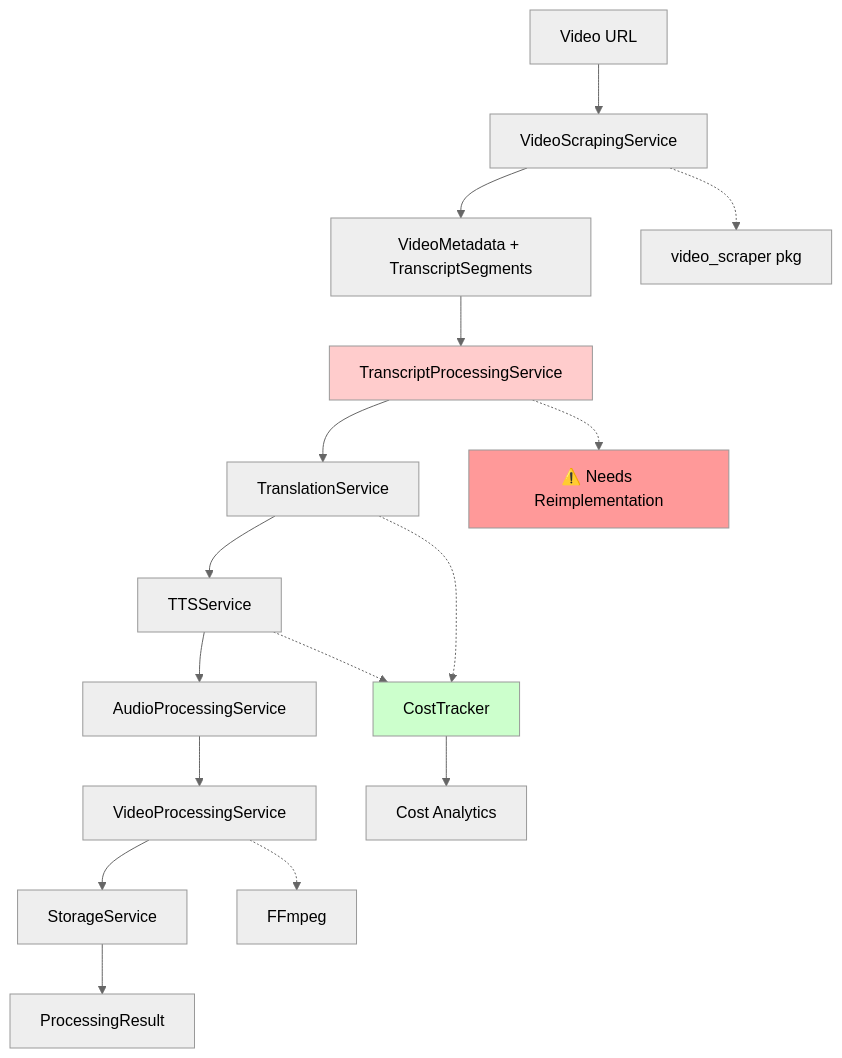
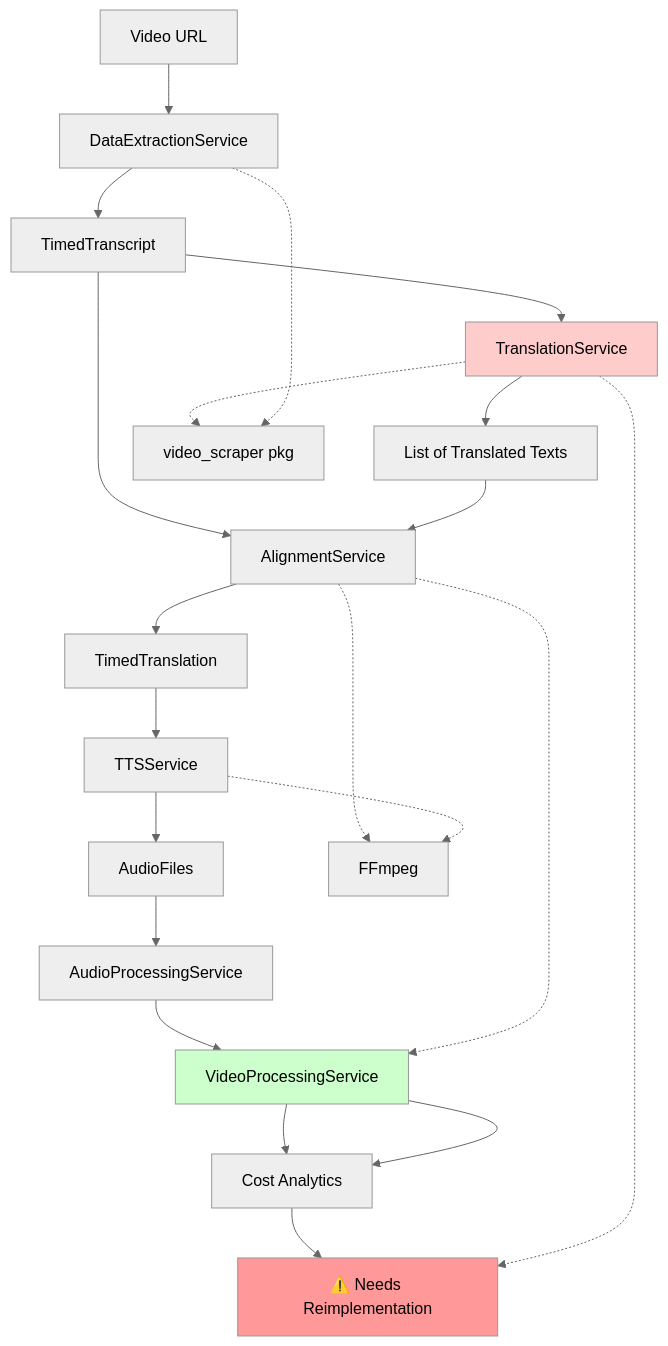
The first of 2 diagrams in README.md (vketteni/videodub), drawn with Mermaid (neutral theme) before and after one commit. The commit also changed other lines of this file and 2 other files, not shown here.

First line of the commit message:
docs: update documentation to reflect modern pipeline architecture

````diff
--- a/README.md
+++ b/README.md
@@ -71,28 +76,33 @@
 ```mermaid
 flowchart TD
-    A[Video URL] --> B[VideoScrapingService]
-    B --> C[VideoMetadata + TranscriptSegments]
-    C --> D[TranscriptProcessingService]
-    D --> E[TranslationService] 
-    E --> F[TTSService]
-    F --> G[AudioProcessingService]
-    G --> H[VideoProcessingService]
-    H --> I[StorageService]
-    I --> J[ProcessingResult]
+    A[Video URL] --> B[DataExtractionService]
+    B --> C[TimedTranscript]
+    C --> D[TranslationService] 
+    D --> E[List of Translated Texts]
+    C --> F[AlignmentService]
+    E --> F
+    F --> G[TimedTranslation]
+    G --> H[TTSService]
+    H --> I[AudioFiles]
+    I --> J[AudioProcessingService]
+    J --> K[VideoProcessingService]
+    K --> L[StorageService]
+    L --> M[ProcessingResult]
     
     %% Side processes
-    E -.-> K[CostTracker]
+    D -.-> N[CostTracker]
+    F -.-> O[AlignmentEvaluation]
     F -.-> K
     K --> L[Cost Analytics]
     
     %% Error states
     D -.-> M[⚠️ Needs Reimplementation]
     
     %% Dependencies
     B -.-> N[video_scraper pkg]
     H -.-> O[FFmpeg]
     
     style D fill:#ffcccc
     style M fill:#ff9999
     style K fill:#ccffcc
 ```
````
